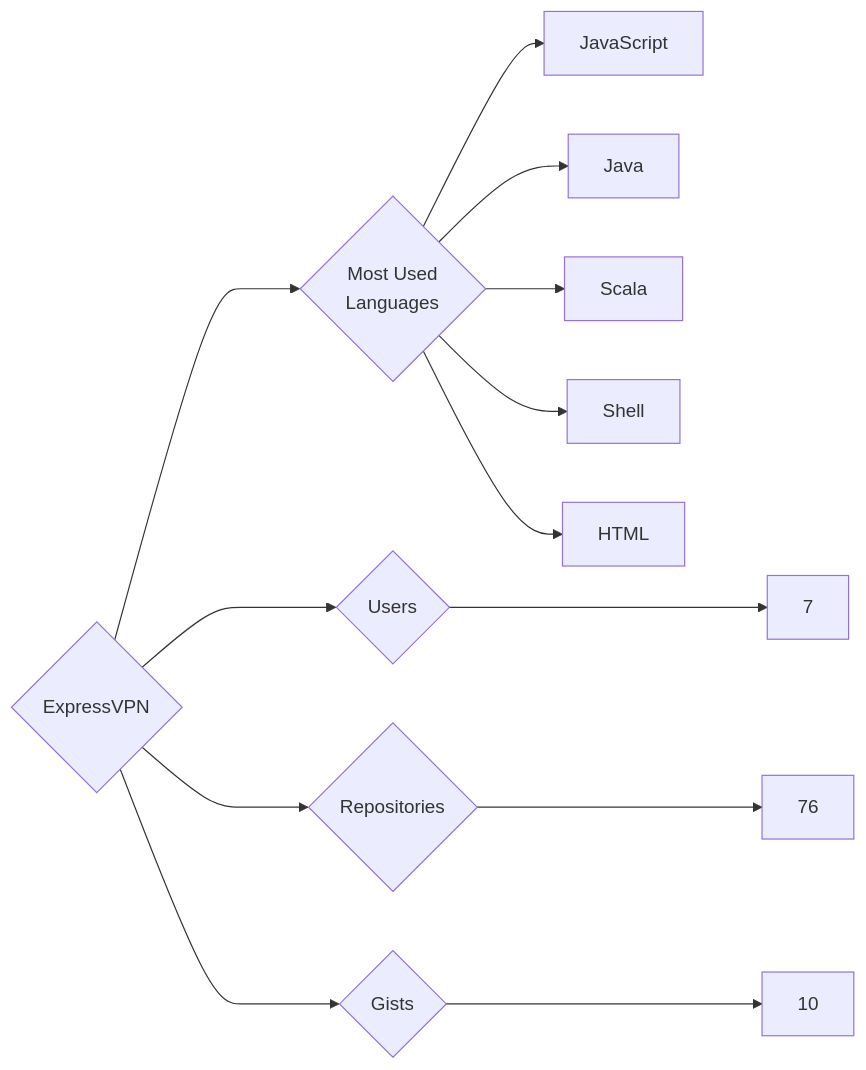
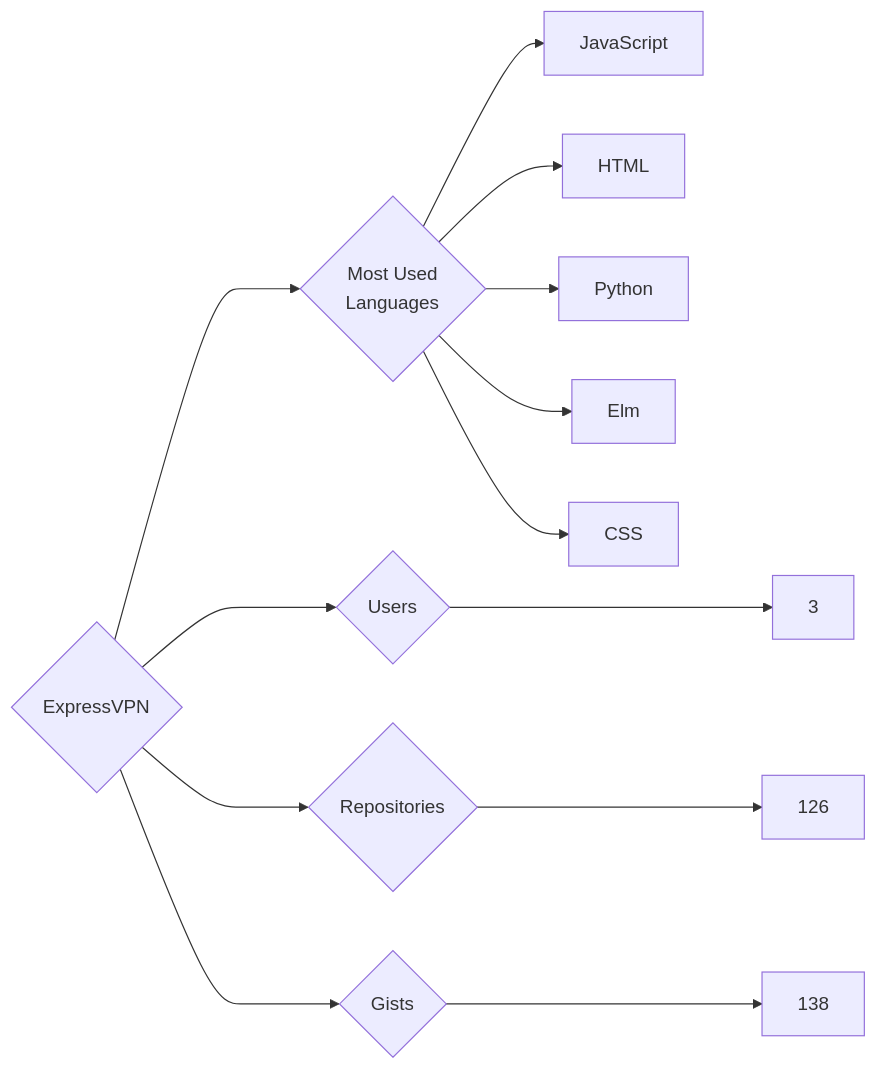
One commit to trickest/insiders changed the diagram in targets/ExpressVPN/README.md. Above: the diagram before and after it, drawn with Mermaid. The commit also changed 1120 other files, not shown here.

````diff
--- a/targets/ExpressVPN/README.md
+++ b/targets/ExpressVPN/README.md
@@ -3,13 +3,13 @@
 ```mermaid
 graph LR
 COMPANY_NAME{ExpressVPN}
-COMPANY_NAME ---> U{Users} ---> UN[7]
-COMPANY_NAME ---> R{Repositories} ---> RN[76]
-COMPANY_NAME ---> G{Gists} ---> GN[10]
+COMPANY_NAME ---> U{Users} ---> UN[3]
+COMPANY_NAME ---> R{Repositories} ---> RN[126]
+COMPANY_NAME ---> G{Gists} ---> GN[138]
 COMPANY_NAME ---> ML{Most Used<br>Languages}
 ML --> JavaScript[JavaScript]
-ML --> Java[Java]
-ML --> Scala[Scala]
-ML --> Shell[Shell]
 ML --> HTML[HTML]
+ML --> Python[Python]
+ML --> Elm[Elm]
+ML --> CSS[CSS]
 ```
````
